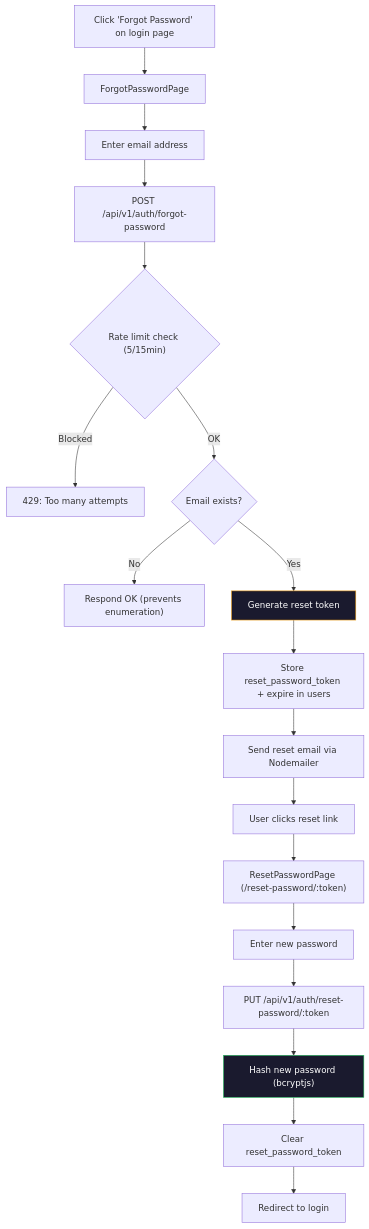
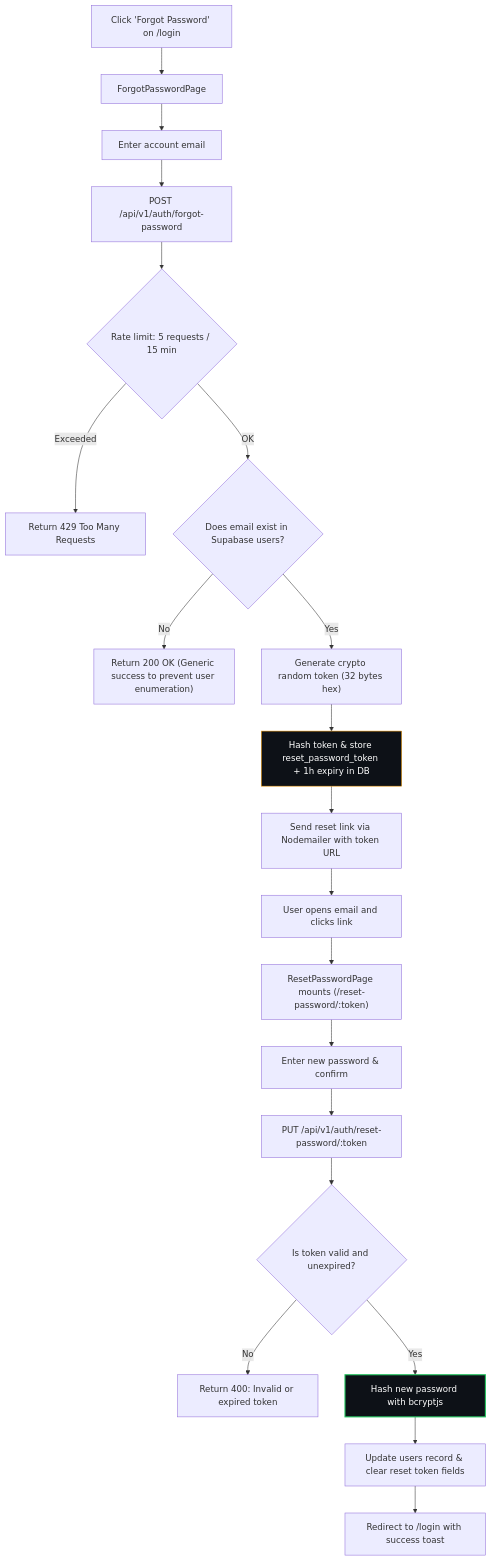
The ninth of 11 diagrams in docs/USER_FLOWS.md (KISHOR403/Testnexa-Ai), drawn with Mermaid before and after one commit. The commit also changed other lines of this file and 2 other files, not shown here.

````diff
--- a/docs/USER_FLOWS.md
+++ b/docs/USER_FLOWS.md
@@ -246,23 +264,25 @@
 ```mermaid
 flowchart TD
-    A["Click 'Forgot Password' on login page"] --> B["ForgotPasswordPage"]
-    B --> C["Enter email address"]
+    A["Click 'Forgot Password' on /login"] --> B["ForgotPasswordPage"]
+    B --> C["Enter account email"]
     C --> D["POST /api/v1/auth/forgot-password"]
-    D --> E{"Rate limit check (5/15min)"}
-    E -->|Blocked| F["429: Too many attempts"]
-    E -->|OK| G{"Email exists?"}
-    G -->|No| H["Respond OK (prevents enumeration)"]
-    G -->|Yes| I["Generate reset token"]
-    I --> J["Store reset_password_token + expire in users"]
-    J --> K["Send reset email via Nodemailer"]
-    K --> L["User clicks reset link"]
-    L --> M["ResetPasswordPage (/reset-password/:token)"]
-    M --> N["Enter new password"]
+    D --> E{"Rate limit: 5 requests / 15 min"}
+    E -->|Exceeded| F["Return 429 Too Many Requests"]
+    E -->|OK| G{"Does email exist in Supabase users?"}
+    G -->|No| H["Return 200 OK (Generic success to prevent user enumeration)"]
+    G -->|Yes| I["Generate crypto random token (32 bytes hex)"]
+    I --> J["Hash token & store reset_password_token + 1h expiry in DB"]
+    J --> K["Send reset link via Nodemailer with token URL"]
+    K --> L["User opens email and clicks link"]
+    L --> M["ResetPasswordPage mounts (/reset-password/:token)"]
+    M --> N["Enter new password & confirm"]
     N --> O["PUT /api/v1/auth/reset-password/:token"]
-    O --> P["Hash new password (bcryptjs)"]
-    P --> Q["Clear reset_password_token"]
-    Q --> R["Redirect to login"]
-    
-    style I fill:#1a1a2e,stroke:#f59e0b,color:#fff
-    style P fill:#1a1a2e,stroke:#22c55e,color:#fff
+    O --> P{"Is token valid and unexpired?"}
+    P -->|No| Q["Return 400: Invalid or expired token"]
+    P -->|Yes| R["Hash new password with bcryptjs"]
+    R --> S["Update users record & clear reset token fields"]
+    S --> T["Redirect to /login with success toast"]
+
+    style J fill:#0d1117,stroke:#f59e0b,color:#fff
+    style R fill:#0d1117,stroke:#22c55e,stroke-width:2px,color:#fff
 ```
````
